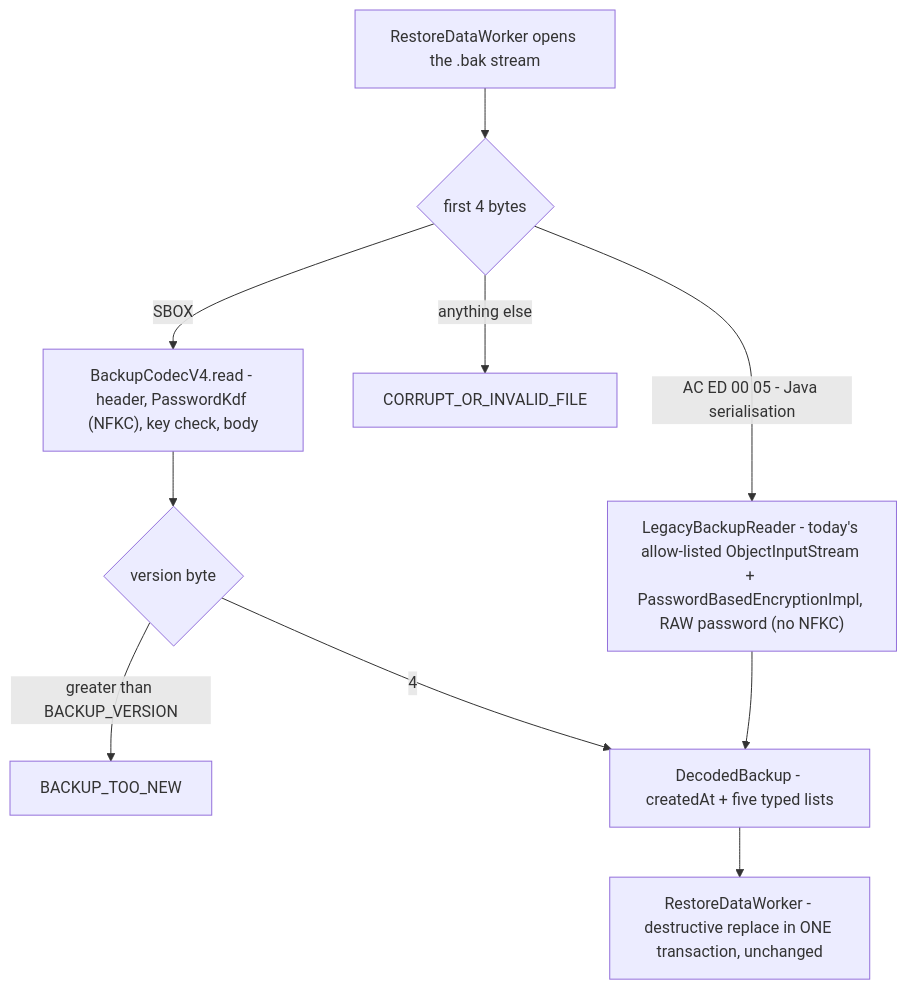
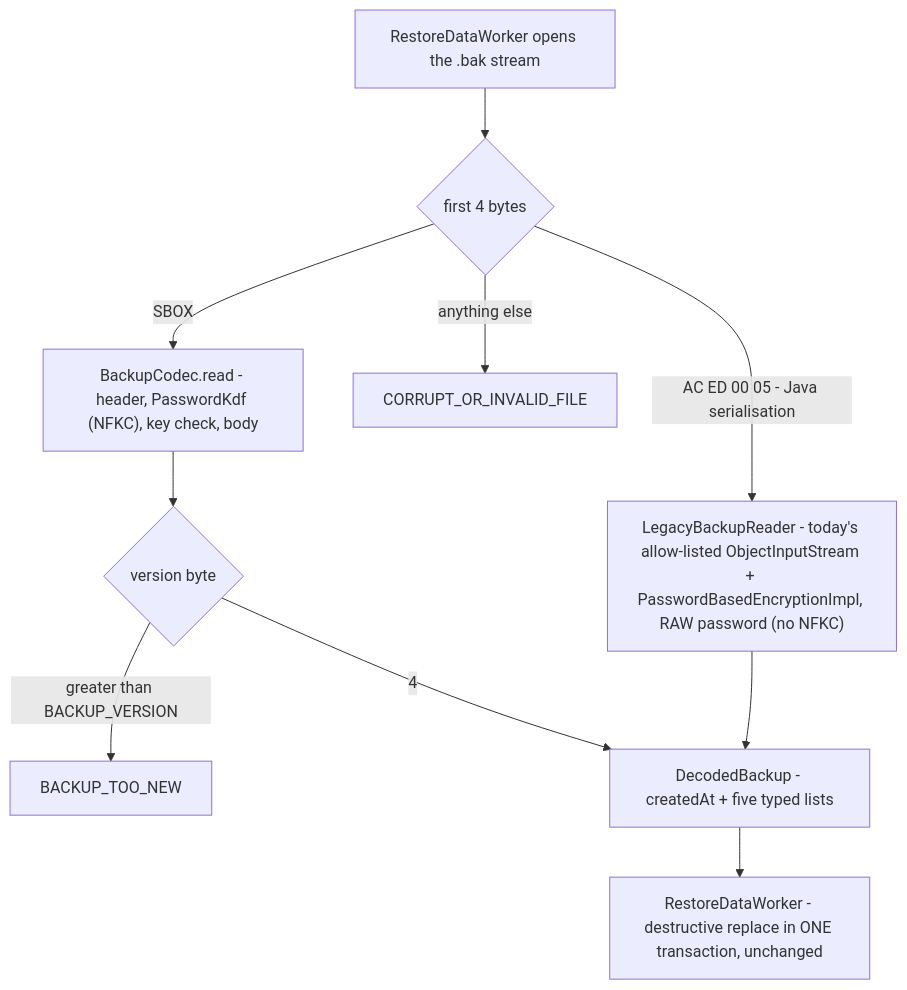
The third of 23 diagrams in docs/design/envelope-encryption.md (Ni3verma/Safe-Box), drawn with Mermaid before and after one commit. The commit also changed other lines of this file and 9 other files, not shown here.

First line of the commit message:
refactor(backup): one SBOX codec for every format from 4 on

````diff
--- a/docs/design/envelope-encryption.md
+++ b/docs/design/envelope-encryption.md
@@ -424,12 +424,12 @@
 ```mermaid
 flowchart TB
     F["RestoreDataWorker opens the .bak stream"] --> M{"first 4 bytes"}
-    M -->|"SBOX"| V4["BackupCodecV4.read - header, PasswordKdf (NFKC), key check, body"]
+    M -->|"SBOX"| V4["BackupCodec.read - header, PasswordKdf (NFKC), key check, body"]
     M -->|"AC ED 00 05 - Java serialisation"| L["LegacyBackupReader - today's allow-listed ObjectInputStream + PasswordBasedEncryptionImpl, RAW password (no NFKC)"]
     M -->|"anything else"| ERR["CORRUPT_OR_INVALID_FILE"]
     V4 --> VER{"version byte"}
     VER -->|"greater than BACKUP_VERSION"| TOO["BACKUP_TOO_NEW"]
     VER -->|"4"| D["DecodedBackup - createdAt + five typed lists"]
     L --> D
     D --> W["RestoreDataWorker - destructive replace in ONE transaction, unchanged"]
 ```
````
